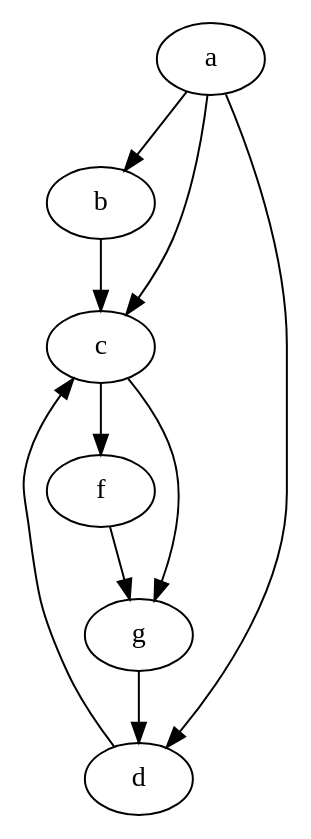
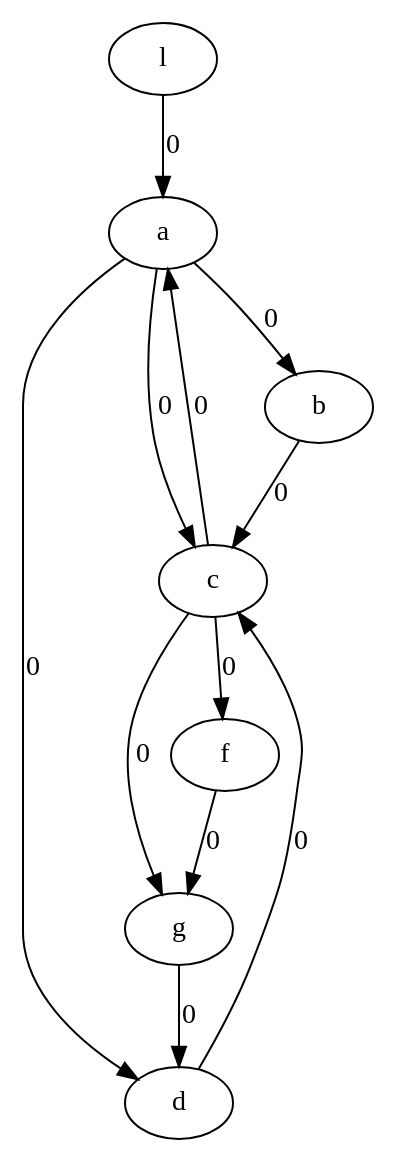
One commit to nicofiorini98/data_structure changed the diagram in output_test/oriented_graph.dot. Above: the diagram before and after it, drawn with Graphviz. The commit also changed 26 other files, not shown here.

```diff
--- a/output_test/oriented_graph.dot
+++ b/output_test/oriented_graph.dot
@@ -1,11 +1,13 @@
 digraph G {
-a -> b 
-a -> d
-b -> c
-c -> f
-c -> g
-d -> c
-f -> g
-g -> d
-a -> c
+a -> b [label="0"]
+a -> d [label="0"]
+b -> c [label="0"]
+c -> g [label="0"]
+c -> f [label="0"]
+c -> a [label="0"]
+d -> c [label="0"]
+f -> g [label="0"]
+g -> d [label="0"]
+a -> c [label="0"]
+l -> a [label="0"]
 }
```
